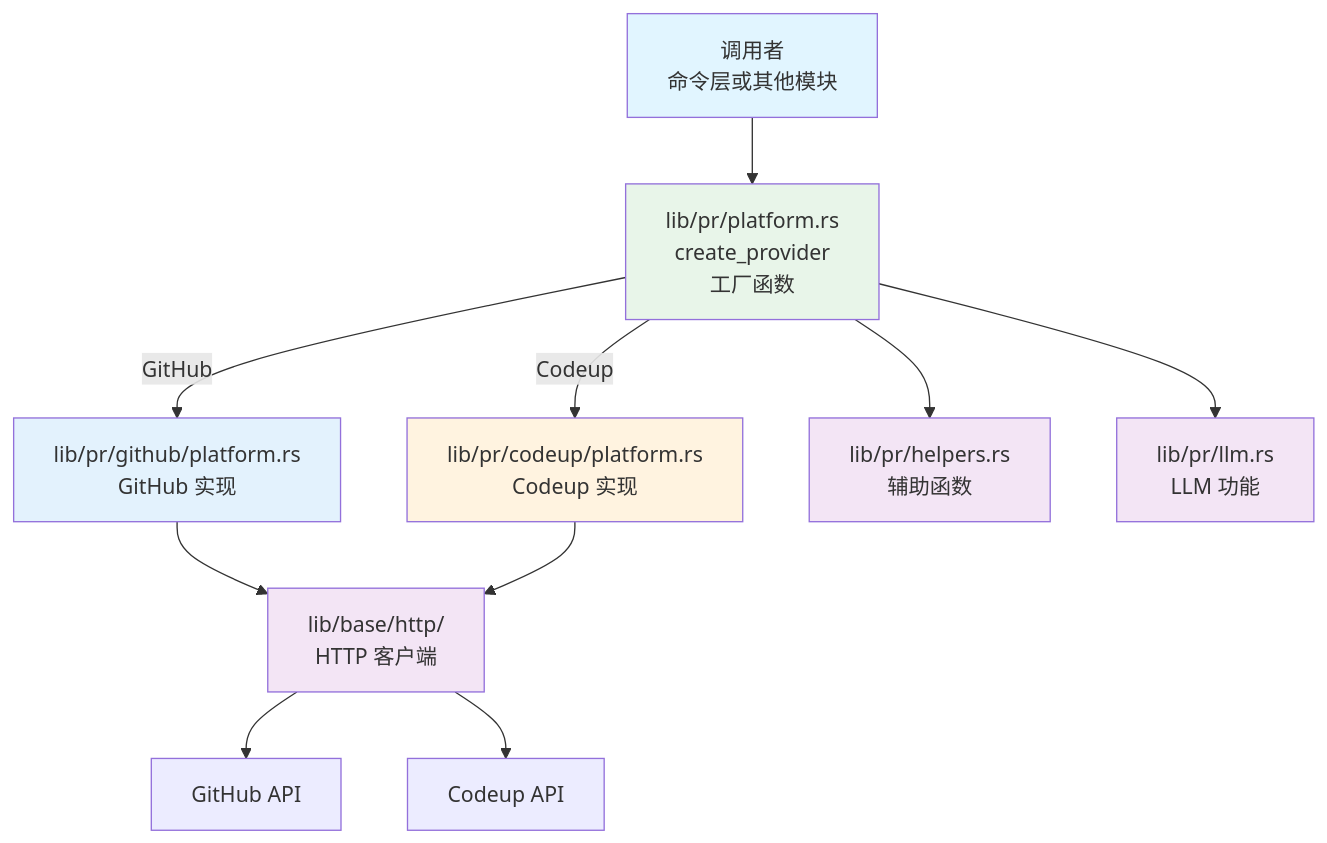
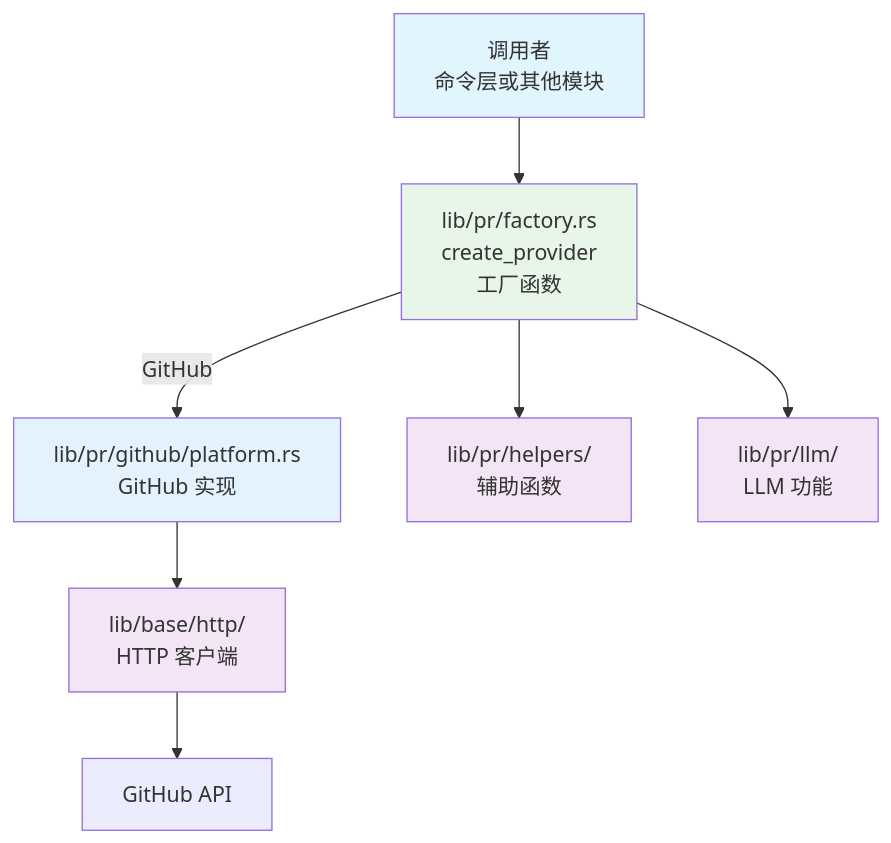
The first of 3 diagrams in docs/architecture/lib/PR_ARCHITECTURE.md (zevwings/workflow.rs), drawn with Mermaid before and after one commit. The commit also changed other lines of this file and 169 other files, not shown here.

````diff
--- a/docs/architecture/lib/PR_ARCHITECTURE.md
+++ b/docs/architecture/lib/PR_ARCHITECTURE.md
@@ -215,24 +224,20 @@
 ```mermaid
 graph TB
-    Caller[调用者<br/>命令层或其他模块] --> Factory[lib/pr/platform.rs<br/>create_provider<br/>工厂函数]
+    Caller[调用者<br/>命令层或其他模块] --> Factory[lib/pr/factory.rs<br/>create_provider<br/>工厂函数]
 
     Factory -->|GitHub| GitHub[lib/pr/github/platform.rs<br/>GitHub 实现]
-    Factory -->|Codeup| Codeup[lib/pr/codeup/platform.rs<br/>Codeup 实现]
 
     GitHub --> Http[lib/base/http/<br/>HTTP 客户端]
-    Codeup --> Http
 
     Http --> GitHubAPI[GitHub API]
-    Http --> CodeupAPI[Codeup API]
 
-    Factory --> Helpers[lib/pr/helpers.rs<br/>辅助函数]
-    Factory --> LLM[lib/pr/llm.rs<br/>LLM 功能]
+    Factory --> Helpers[lib/pr/helpers/<br/>辅助函数]
+    Factory --> LLM[lib/pr/llm/<br/>LLM 功能]
 
     style Caller fill:#e1f5ff
     style Factory fill:#e8f5e9
     style GitHub fill:#e3f2fd
-    style Codeup fill:#fff3e0
     style Http fill:#f3e5f5
     style Helpers fill:#f3e5f5
     style LLM fill:#f3e5f5
 ```
````
